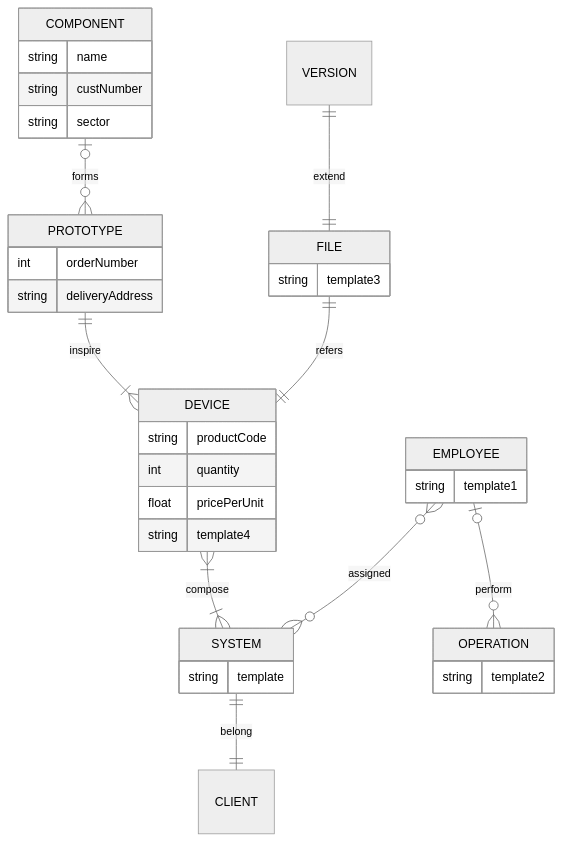
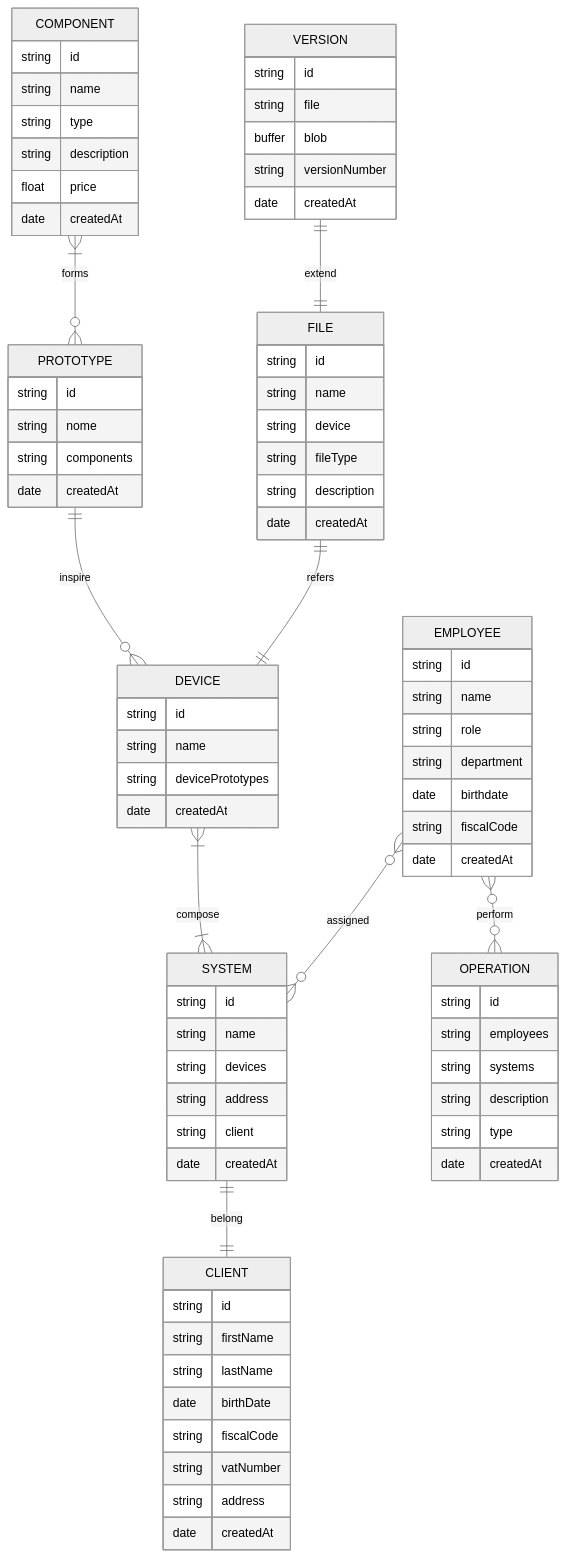
Before and after one commit to DavideDeZuane/advanced_programming: the third of 6 diagrams in README.md, drawn with Mermaid (neutral theme).

Commit message:
E-R on readme

````diff
--- a/README.md
+++ b/README.md
@@ -59,40 +59,81 @@
 ```mermaid
     erDiagram
-    COMPONENT o|--o{ PROTOTYPE : forms
+    COMPONENT |{--o{ PROTOTYPE : forms
     COMPONENT {
+        string id
         string name
-        string custNumber
-        string sector
+        string type
+        string description
+        float price
+        date createdAt
     }
-    PROTOTYPE ||--|{ DEVICE : inspire
+    PROTOTYPE ||--o{ DEVICE : inspire
     PROTOTYPE {
-        int orderNumber
-        string deliveryAddress
+        string id
+        string nome
+        string components
+        date createdAt
     }
     DEVICE |{--|{ SYSTEM : compose 
     DEVICE{
-        string productCode
-        int quantity
-        float pricePerUnit
+        string id
+        string name
+        string devicePrototypes
+        date createdAt
     }
     SYSTEM ||--|| CLIENT : belong
     SYSTEM{
-        string template
+        string id
+        string name
+        string devices
+        string address
+        string client
+        date createdAt
+    }
+    CLIENT{
+        string id
+        string firstName
+        string lastName
+        date birthDate
+        string fiscalCode
+        string vatNumber
+        string address
+        date createdAt 
     }
     EMPLOYEE o{--o{ SYSTEM: assigned
     EMPLOYEE{
-        string template1
+        string id
+        string name
+        string role
+        string department
+        date birthdate
+        string fiscalCode
+        date createdAt
     }
-    EMPLOYEE o|--o{ OPERATION: perform
+    EMPLOYEE o{--o{ OPERATION: perform
     OPERATION{
-        string template2
+        string id
+        string employees
+        string systems
+        string description
+        string type
+        date createdAt
     }
     FILE ||--|| DEVICE: refers
     FILE{
-        string template3
+        string id
+        string name
+        string device
+        string fileType
+        string description
+        date createdAt
     }
     VERSION ||--|| FILE: extend
-    DEVICE {
-        string template4
+    VERSION {
+        string id
+        string file
+        buffer blob
+        string versionNumber
+        date createdAt
     }
 ```
````
